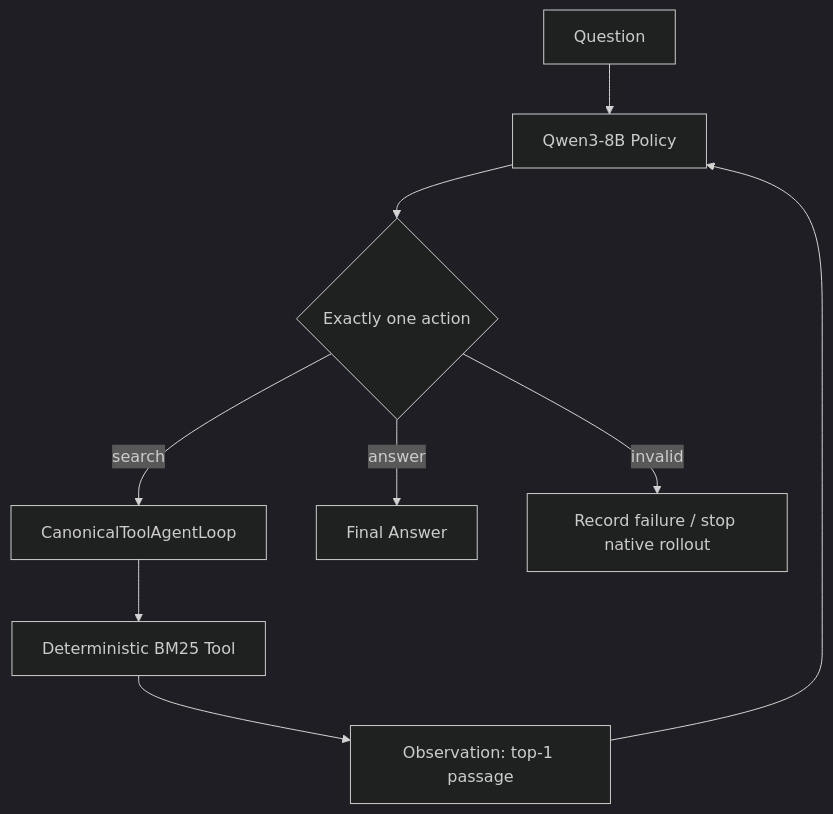
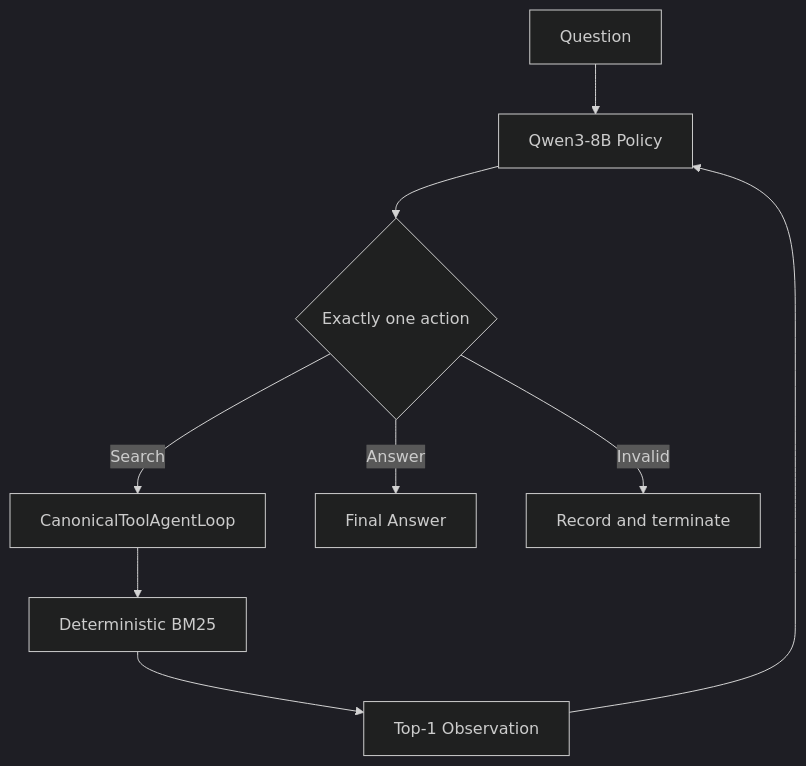
One commit to Idiotyevsky/EfficientTool-RL changed the first of 2 diagrams in README.md. Above: the diagram before and after it, drawn with Mermaid (dark theme). The commit also changed other lines of this file and 14 other files, not shown here.

Commit message:
docs: rebrand project as SearchAgent-RL

````diff
--- a/README.md
+++ b/README.md
@@ -41,11 +45,11 @@
 ```mermaid
 flowchart TD
     Q[Question] --> P[Qwen3-8B Policy]
     P --> A{Exactly one action}
-    A -->|search| C[CanonicalToolAgentLoop]
-    C --> B[Deterministic BM25 Tool]
-    B --> O[Observation: top-1 passage]
+    A -->|Search| C[CanonicalToolAgentLoop]
+    C --> B[Deterministic BM25]
+    B --> O[Top-1 Observation]
     O --> P
-    A -->|answer| F[Final Answer]
-    A -->|invalid| X[Record failure / stop native rollout]
+    A -->|Answer| F[Final Answer]
+    A -->|Invalid| X[Record and terminate]
 ```
````
